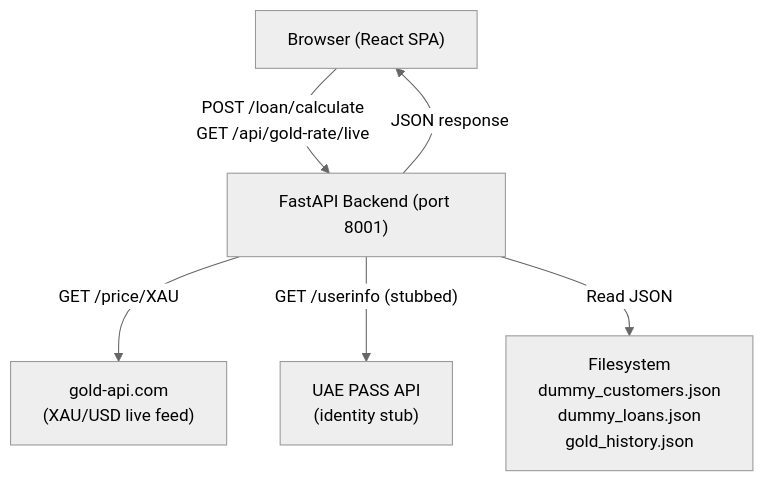
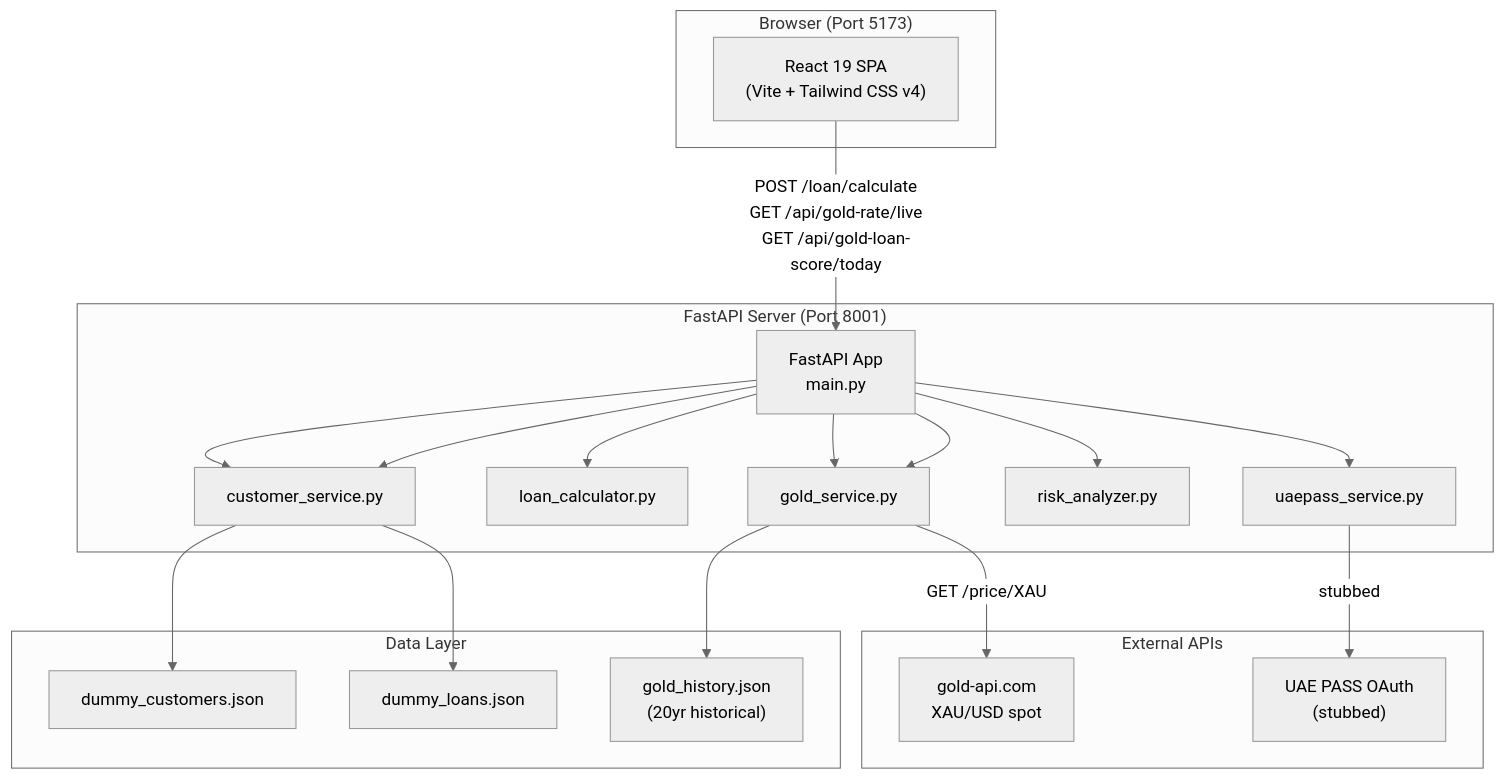
The first of 4 diagrams in docs/ARCHITECTURE.md (ManishKhulbe/GOLD-LTV-AI-calculator), drawn with Mermaid (neutral theme) before and after one commit. The commit also changed other lines of this file and 9 other files, not shown here.

````diff
--- a/docs/ARCHITECTURE.md
+++ b/docs/ARCHITECTURE.md
@@ -12,14 +14,35 @@
 ```mermaid
 graph TD
-    Browser["Browser (React SPA)"]
-    Backend["FastAPI Backend (port 8001)"]
-    GoldAPI["gold-api.com\n(XAU/USD live feed)"]
-    UAEPASS["UAE PASS API\n(identity stub)"]
-    FS["Filesystem\ndummy_customers.json\ndummy_loans.json\ngold_history.json"]
+    subgraph Browser["Browser (Port 5173)"]
+        FE["React 19 SPA\n(Vite + Tailwind CSS v4)"]
+    end
 
-    Browser -->|"POST /loan/calculate\nGET /api/gold-rate/live"| Backend
-    Backend -->|"GET /price/XAU"| GoldAPI
-    Backend -->|"GET /userinfo (stubbed)"| UAEPASS
-    Backend -->|"Read JSON"| FS
-    Backend -->|"JSON response"| Browser
+    subgraph Backend["FastAPI Server (Port 8001)"]
+        API["FastAPI App\nmain.py"]
+        CS["customer_service.py"]
+        LC["loan_calculator.py"]
+        GS["gold_service.py"]
+        RA["risk_analyzer.py"]
+        UP["uaepass_service.py"]
+    end
+
+    subgraph Data["Data Layer"]
+        DC["dummy_customers.json"]
+        DL["dummy_loans.json"]
+        GH["gold_history.json\n(20yr historical)"]
+    end
+
+    subgraph External["External APIs"]
+        GA["gold-api.com\nXAU/USD spot"]
+        UAEP["UAE PASS OAuth\n(stubbed)"]
+    end
+
+    FE -->|"POST /loan/calculate\nGET /api/gold-rate/live\nGET /api/gold-loan-score/today"| API
+    API --> CS --> DC
+    API --> CS --> DL
+    API --> LC
+    API --> GS --> GH
+    API --> GS -->|"GET /price/XAU"| GA
+    API --> RA
+    API --> UP -->|"stubbed"| UAEP
 ```
````
